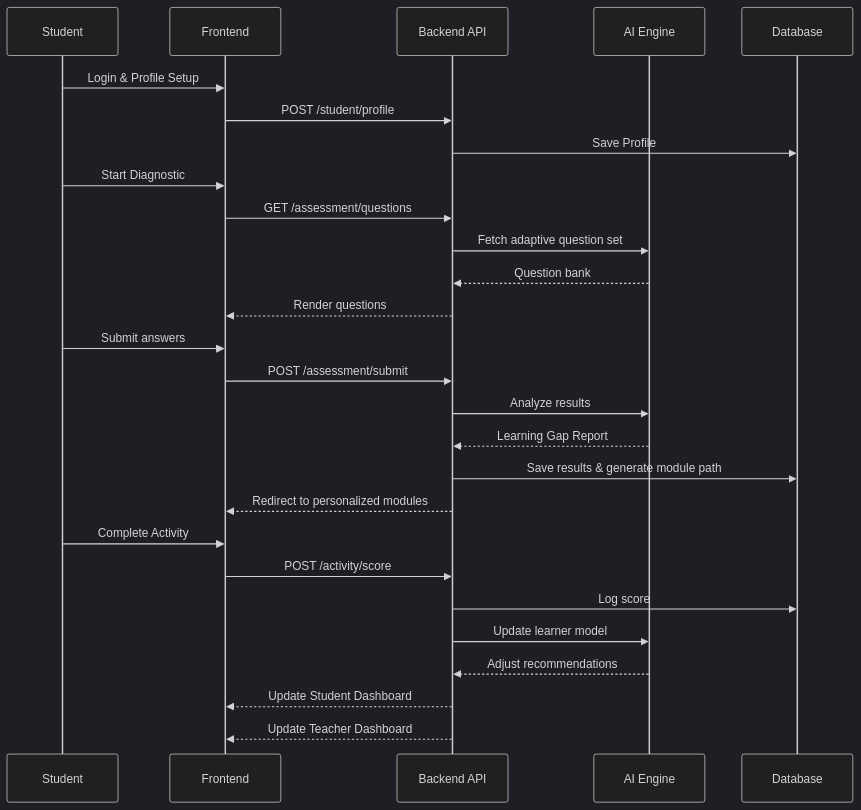
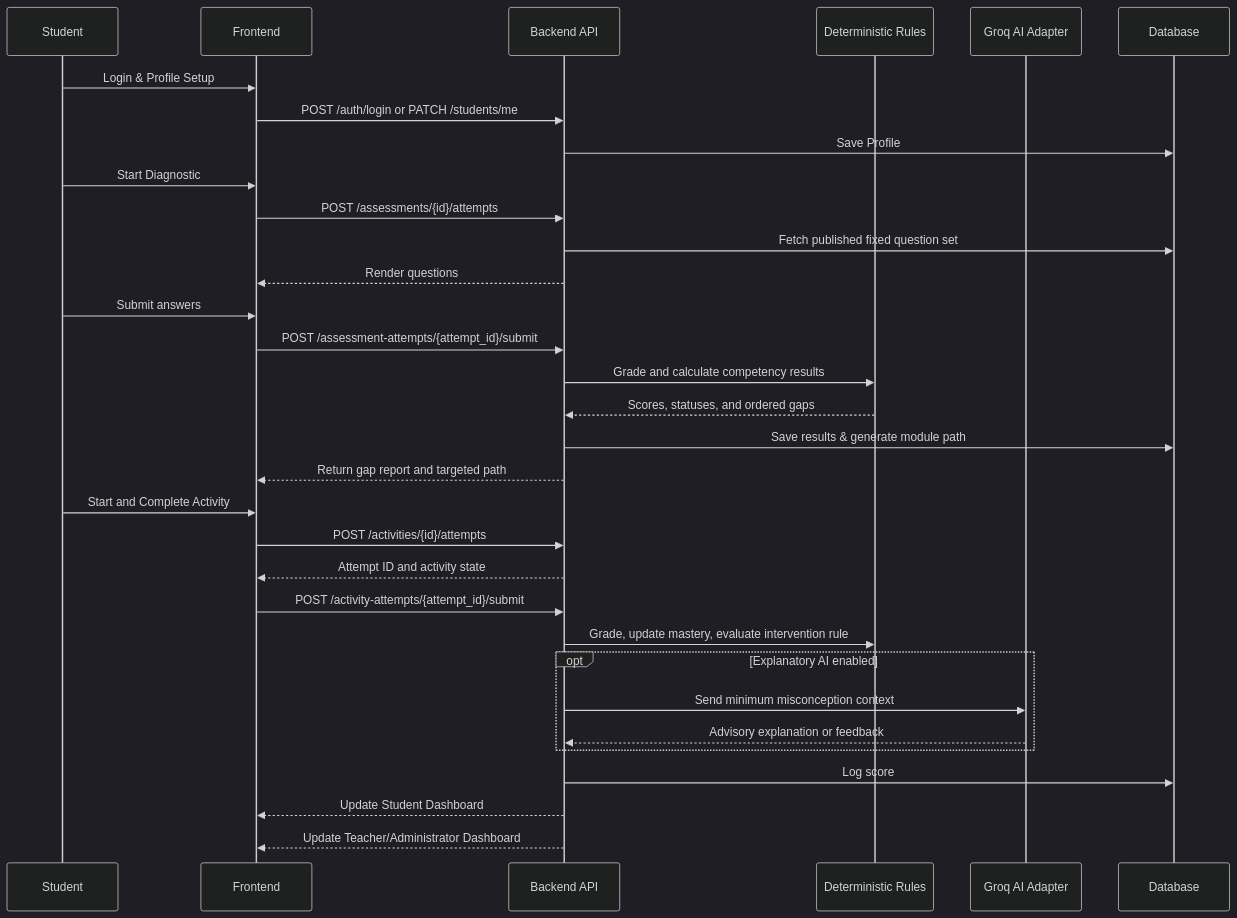
The third of 4 diagrams in docs/IMPLEMENTATION_PLAN.md (MathSmart-Systems/MathSmart-AI-Powered-Interactice-Learning-System), drawn with Mermaid (dark theme) before and after one commit. The commit also changed other lines of this file and 108 other files, not shown here.

````diff
--- a/docs/IMPLEMENTATION_PLAN.md
+++ b/docs/IMPLEMENTATION_PLAN.md
@@ -150,30 +174,35 @@
 ```mermaid
 sequenceDiagram
     participant S as Student
     participant FE as Frontend
     participant BE as Backend API
-    participant AI as AI Engine
+    participant RULES as Deterministic Rules
+    participant AI as Groq AI Adapter
     participant DB as Database
 
     S->>FE: Login & Profile Setup
-    FE->>BE: POST /student/profile
+    FE->>BE: POST /auth/login or PATCH /students/me
     BE->>DB: Save Profile
     S->>FE: Start Diagnostic
-    FE->>BE: GET /assessment/questions
-    BE->>AI: Fetch adaptive question set
-    AI-->>BE: Question bank
+    FE->>BE: POST /assessments/{id}/attempts
+    BE->>DB: Fetch published fixed question set
     BE-->>FE: Render questions
     S->>FE: Submit answers
-    FE->>BE: POST /assessment/submit
-    BE->>AI: Analyze results
-    AI-->>BE: Learning Gap Report
+    FE->>BE: POST /assessment-attempts/{attempt_id}/submit
+    BE->>RULES: Grade and calculate competency results
+    RULES-->>BE: Scores, statuses, and ordered gaps
     BE->>DB: Save results & generate module path
-    BE-->>FE: Redirect to personalized modules
-    S->>FE: Complete Activity
-    FE->>BE: POST /activity/score
+    BE-->>FE: Return gap report and targeted path
+    S->>FE: Start and Complete Activity
+    FE->>BE: POST /activities/{id}/attempts
+    BE-->>FE: Attempt ID and activity state
+    FE->>BE: POST /activity-attempts/{attempt_id}/submit
+    BE->>RULES: Grade, update mastery, evaluate intervention rule
+    opt Explanatory AI enabled
+        BE->>AI: Send minimum misconception context
+        AI-->>BE: Advisory explanation or feedback
+    end
     BE->>DB: Log score
-    BE->>AI: Update learner model
-    AI-->>BE: Adjust recommendations
     BE-->>FE: Update Student Dashboard
-    BE-->>FE: Update Teacher Dashboard
+    BE-->>FE: Update Teacher/Administrator Dashboard
 ```
````
